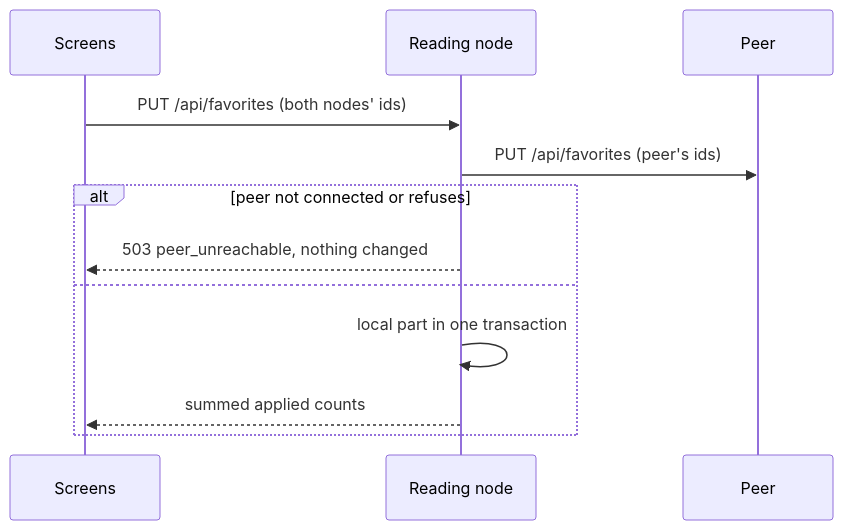
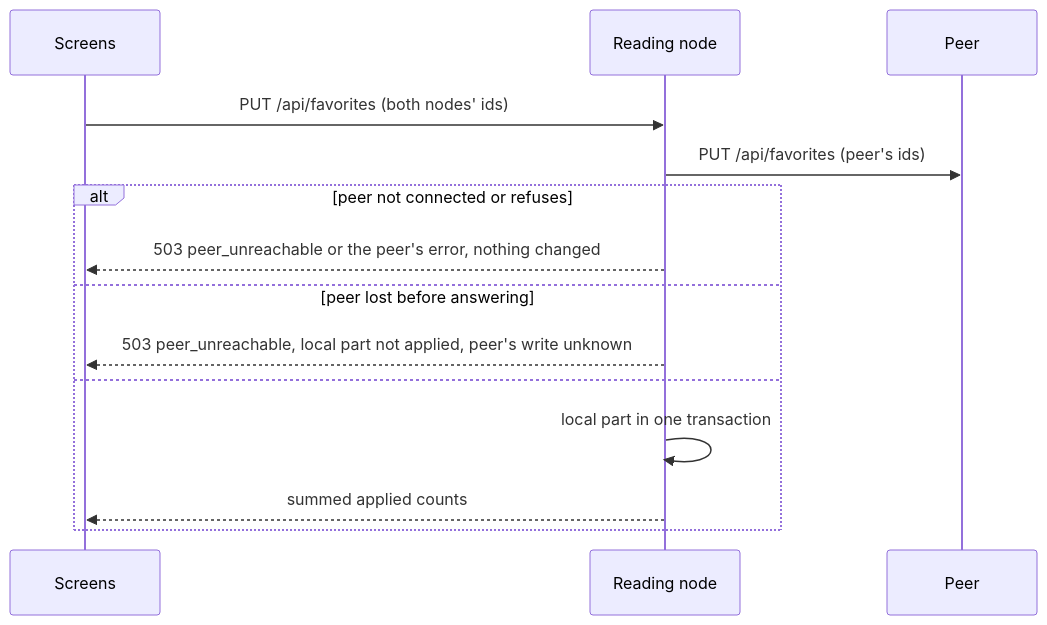
Before and after one commit to syudead/vv: the second of 3 diagrams in specs/071-peer-parity/research.md, drawn with Mermaid. The commit also changed 1 other file, not shown here.

Commit message:
plan(071): limit the lost-answer guarantee to this node
A peer that commits a write and then drops before answering cannot be
undone by writing it first, so the favorites and history-clear contracts
now promise only this node unchanged in that case, as peer-library.md does.

Claude-Session: https://claude.ai/code/session_013FJVfNszUgwB1xa1sGdruD

````diff
--- a/specs/071-peer-parity/research.md
+++ b/specs/071-peer-parity/research.md
@@ -110,14 +110,16 @@
 ```mermaid
 sequenceDiagram
   participant S as Screens
   participant R as Reading node
   participant P as Peer
   S->>R: PUT /api/favorites (both nodes' ids)
   R->>P: PUT /api/favorites (peer's ids)
   alt peer not connected or refuses
-    R-->>S: 503 peer_unreachable, nothing changed
+    R-->>S: 503 peer_unreachable or the peer's error, nothing changed
+  else peer lost before answering
+    R-->>S: 503 peer_unreachable, local part not applied, peer's write unknown
   else
     R->>R: local part in one transaction
     R-->>S: summed applied counts
   end
 ```
````
